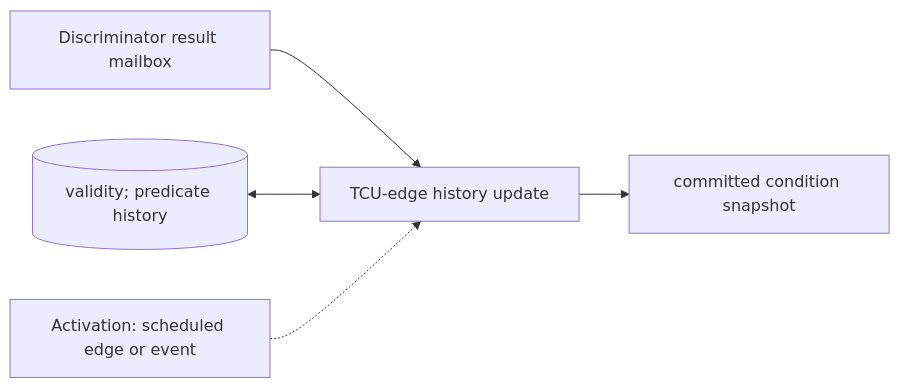
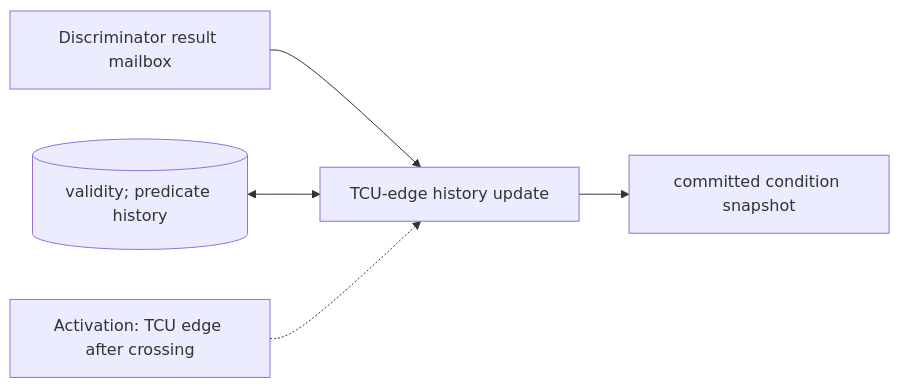
The diagram in docs/modules/fast-condition-history.md (qsbit-org/qsbit-sim), drawn with Mermaid before and after one commit. The commit also changed other lines of this file and 24 other files, not shown here.

````diff
--- a/docs/modules/fast-condition-history.md
+++ b/docs/modules/fast-condition-history.md
@@ -17,7 +17,7 @@
 ```mermaid
 flowchart LR
     U["Discriminator result mailbox"] --> P["TCU-edge history update"]
     S[("validity; predicate history")] <--> P
     P --> D["committed condition snapshot"]
-    K["Activation: scheduled edge or event"] -.-> P
+    K["Activation: TCU edge after crossing"] -.-> P
 ```
````
